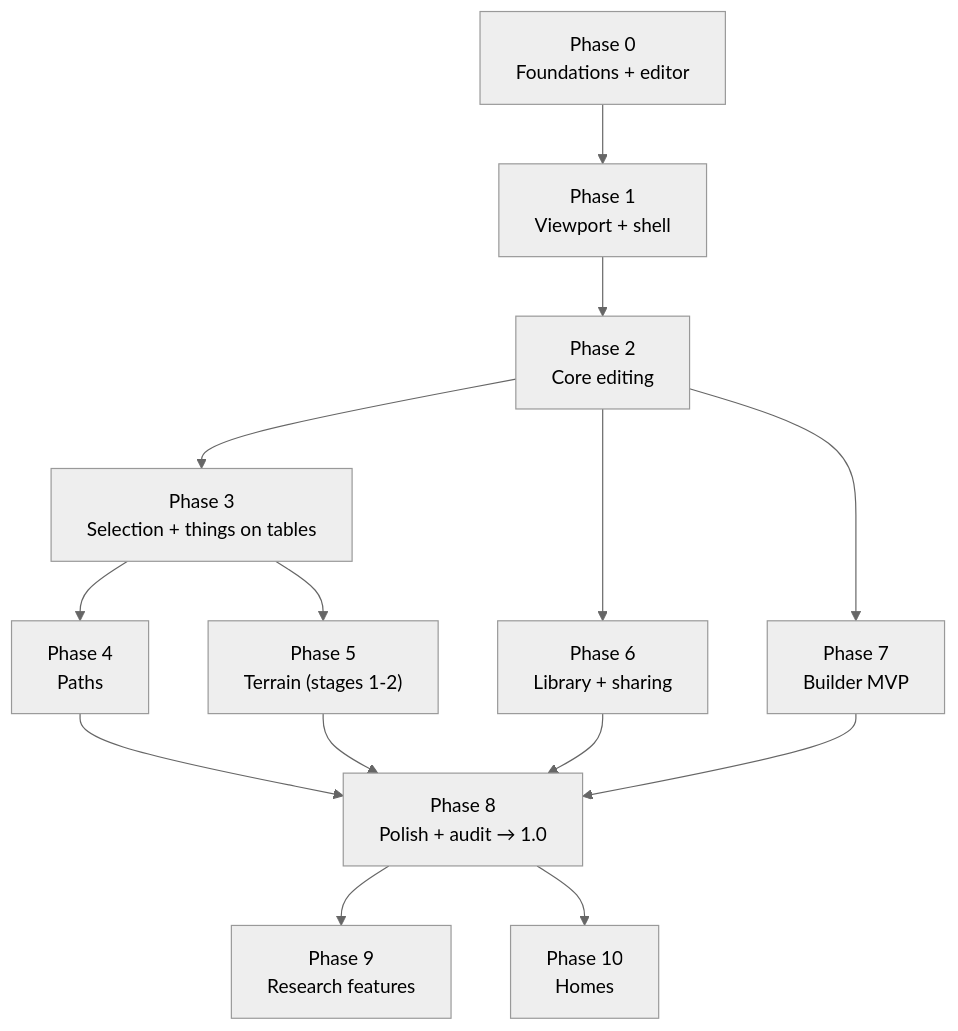
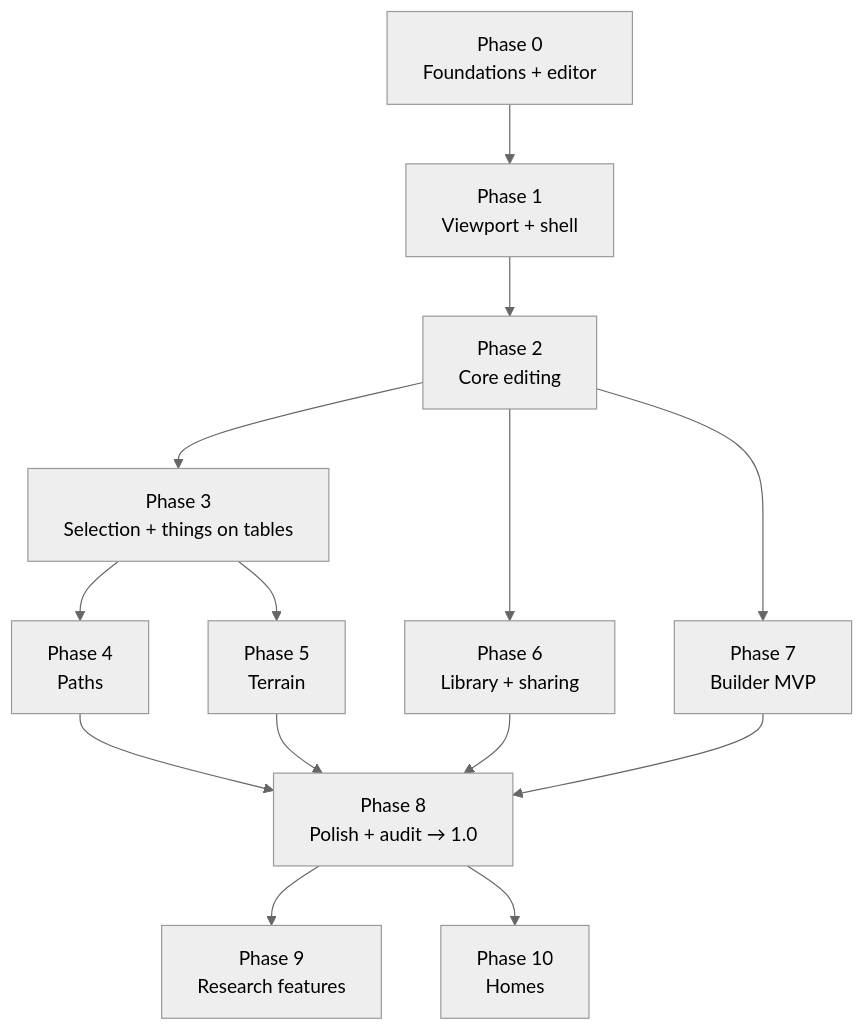
Before and after one commit to UmushiUmushi/Glade: the diagram in docs/roadmap.md, drawn with Mermaid (neutral theme). The commit also changed other lines of this file and 11 other files, not shown here.

````diff
--- a/docs/roadmap.md
+++ b/docs/roadmap.md
@@ -8,13 +8,13 @@
 ```mermaid
 flowchart TB
     P0["Phase 0<br/>Foundations + editor"] --> P1["Phase 1<br/>Viewport + shell"]
     P1 --> P2["Phase 2<br/>Core editing"]
     P2 --> P3["Phase 3<br/>Selection + things on tables"]
     P3 --> P4["Phase 4<br/>Paths"]
-    P3 --> P5["Phase 5<br/>Terrain (stages 1-2)"]
+    P3 --> P5["Phase 5<br/>Terrain"]
     P2 --> P6["Phase 6<br/>Library + sharing"]
     P2 --> P7["Phase 7<br/>Builder MVP"]
     P4 & P5 & P6 & P7 --> P8["Phase 8<br/>Polish + audit → 1.0"]
     P8 --> P9["Phase 9<br/>Research features"]
     P8 --> P10["Phase 10<br/>Homes"]
 ```
````
